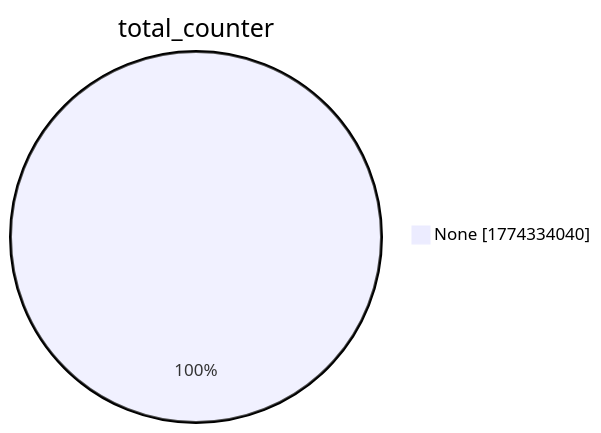
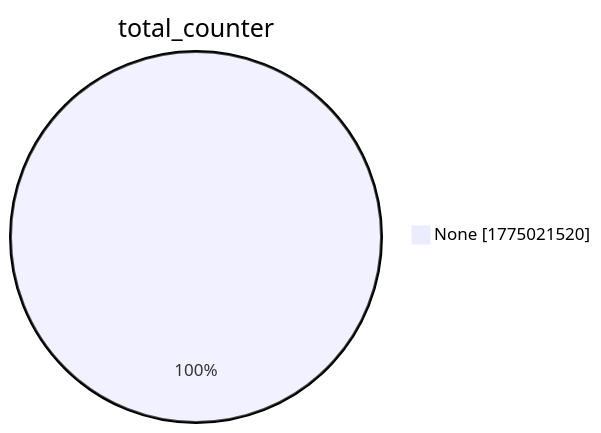
The second of 15 diagrams in xenon2022/README.md (christiankrug/ctmonitor_visualization), drawn with Mermaid before and after one commit. The commit also changed other lines of this file, not shown here.

````diff
--- a/xenon2022/README.md
+++ b/xenon2022/README.md
@@ -9,5 +9,5 @@
 ```mermaid
 pie showData
 title total_counter
-"None" :1774334040
+"None" :1775021520
 ```
````
